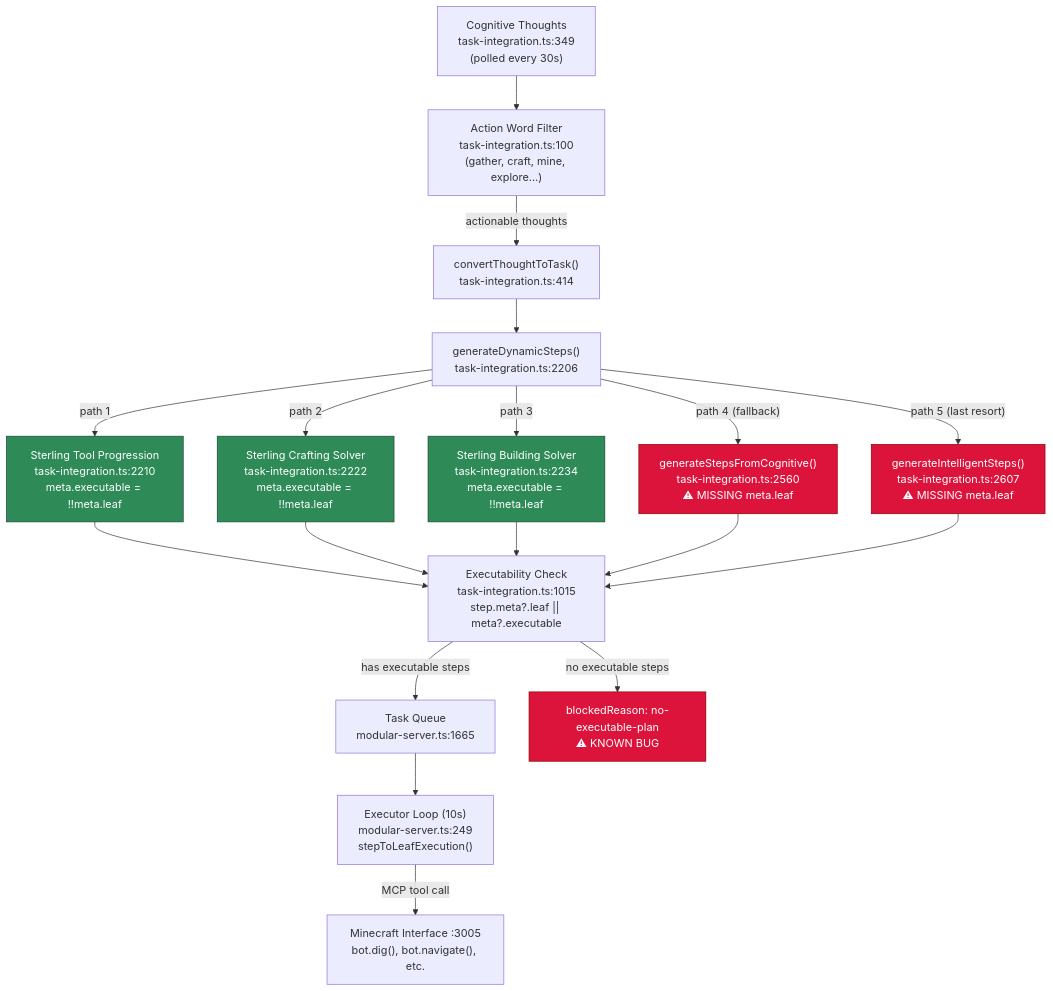
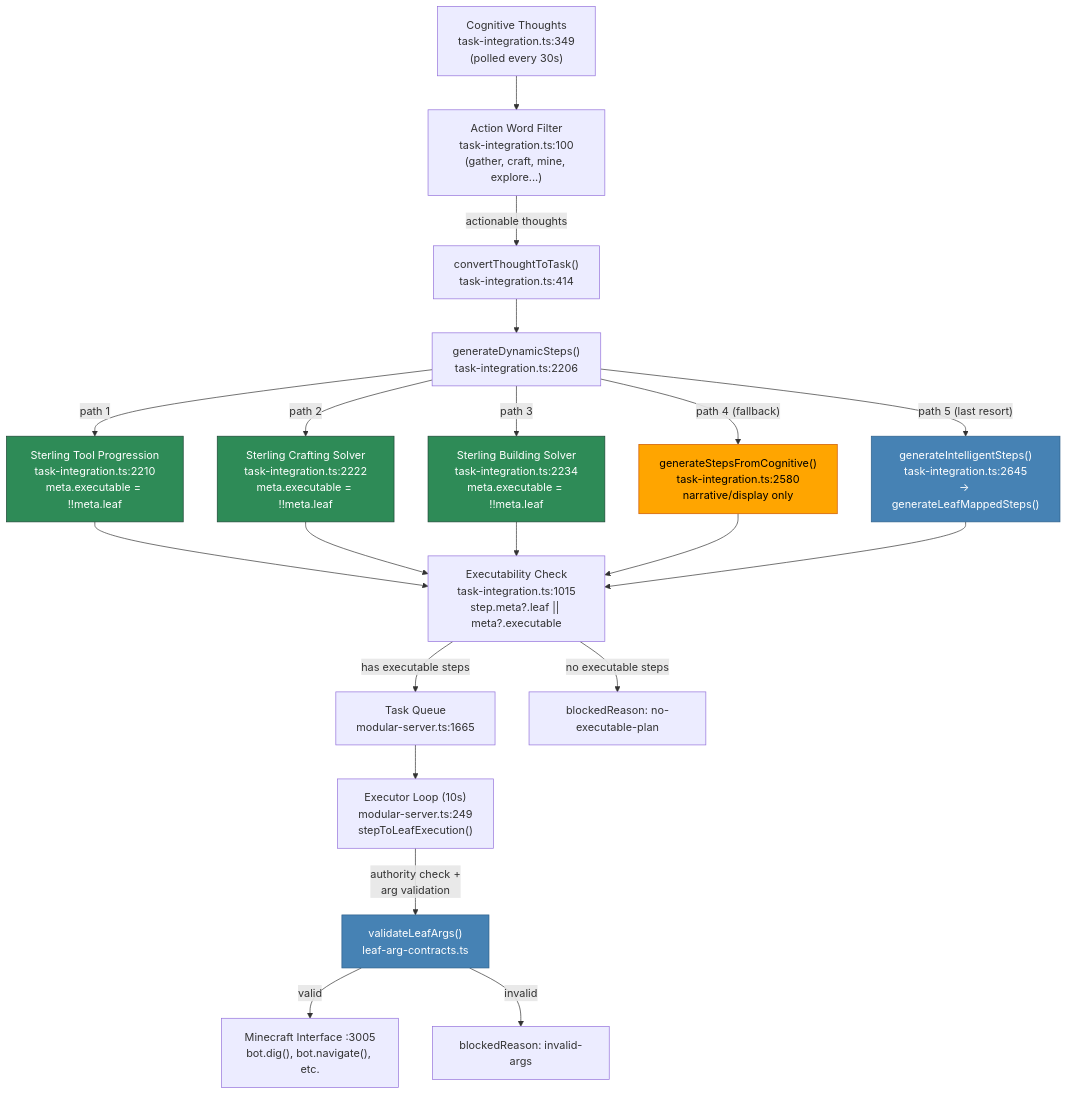
The fifth of 5 diagrams in readme.md (darianrosebrook/conscious-bot-experiment), drawn with Mermaid before and after one commit. The commit also changed other lines of this file and 7 other files, not shown here.

First line of the commit message:
Make fallback steps executable: leaf-arg contracts, broadened executor dispatch

````diff
--- a/readme.md
+++ b/readme.md
@@ -914,43 +914,46 @@
 ```mermaid
 flowchart TD
     %% Thought to Task
     THOUGHTS["Cognitive Thoughts<br/>task-integration.ts:349<br/>(polled every 30s)"]
     FILTER["Action Word Filter<br/>task-integration.ts:100<br/>(gather, craft, mine, explore...)"]
     CONVERT["convertThoughtToTask()<br/>task-integration.ts:414"]
 
     THOUGHTS --> FILTER
     FILTER -->|"actionable thoughts"| CONVERT
 
     %% Step Generation (4 paths)
     CONVERT --> STEPS["generateDynamicSteps()<br/>task-integration.ts:2206"]
 
     STEPS -->|"path 1"| STERLING_TP["Sterling Tool Progression<br/>task-integration.ts:2210<br/>meta.executable = !!meta.leaf"]
     STEPS -->|"path 2"| STERLING_CR["Sterling Crafting Solver<br/>task-integration.ts:2222<br/>meta.executable = !!meta.leaf"]
     STEPS -->|"path 3"| STERLING_BL["Sterling Building Solver<br/>task-integration.ts:2234<br/>meta.executable = !!meta.leaf"]
-    STEPS -->|"path 4 (fallback)"| COG_STEPS["generateStepsFromCognitive()<br/>task-integration.ts:2560<br/>⚠ MISSING meta.leaf"]
-    STEPS -->|"path 5 (last resort)"| INTEL_STEPS["generateIntelligentSteps()<br/>task-integration.ts:2607<br/>⚠ MISSING meta.leaf"]
+    STEPS -->|"path 4 (fallback)"| COG_STEPS["generateStepsFromCognitive()<br/>task-integration.ts:2580<br/>narrative/display only"]
+    STEPS -->|"path 5 (last resort)"| INTEL_STEPS["generateIntelligentSteps()<br/>task-integration.ts:2645<br/>→ generateLeafMappedSteps()"]
 
     %% Executability Check
     STERLING_TP --> EXEC_CHECK
     STERLING_CR --> EXEC_CHECK
     STERLING_BL --> EXEC_CHECK
     COG_STEPS --> EXEC_CHECK
     INTEL_STEPS --> EXEC_CHECK
 
     EXEC_CHECK["Executability Check<br/>task-integration.ts:1015<br/>step.meta?.leaf || meta?.executable"]
 
     EXEC_CHECK -->|"has executable steps"| QUEUE["Task Queue<br/>modular-server.ts:1665"]
-    EXEC_CHECK -->|"no executable steps"| BLOCKED["blockedReason: no-executable-plan<br/>⚠ KNOWN BUG"]
+    EXEC_CHECK -->|"no executable steps"| BLOCKED["blockedReason: no-executable-plan"]
 
     %% Execution
     QUEUE --> EXECUTOR["Executor Loop (10s)<br/>modular-server.ts:249<br/>stepToLeafExecution()"]
-    EXECUTOR -->|"MCP tool call"| MI["Minecraft Interface :3005<br/>bot.dig(), bot.navigate(), etc."]
+    EXECUTOR -->|"authority check +<br/>arg validation"| VALIDATE["validateLeafArgs()<br/>leaf-arg-contracts.ts"]
+    VALIDATE -->|"valid"| MI["Minecraft Interface :3005<br/>bot.dig(), bot.navigate(), etc."]
+    VALIDATE -->|"invalid"| ARG_BLOCK["blockedReason: invalid-args"]
 
     %% Styling
-    classDef bug fill:#dc143c,stroke:#8b0000,color:#fff;
     classDef sterling fill:#2e8b57,stroke:#1b4332,color:#fff;
     classDef fallback fill:#ffa500,stroke:#cc5500,color:#000;
+    classDef validation fill:#4682b4,stroke:#2c5f8a,color:#fff;
 
-    class BLOCKED,COG_STEPS,INTEL_STEPS bug;
     class STERLING_TP,STERLING_CR,STERLING_BL sterling;
+    class COG_STEPS fallback;
+    class INTEL_STEPS,VALIDATE validation;
 ```
````
